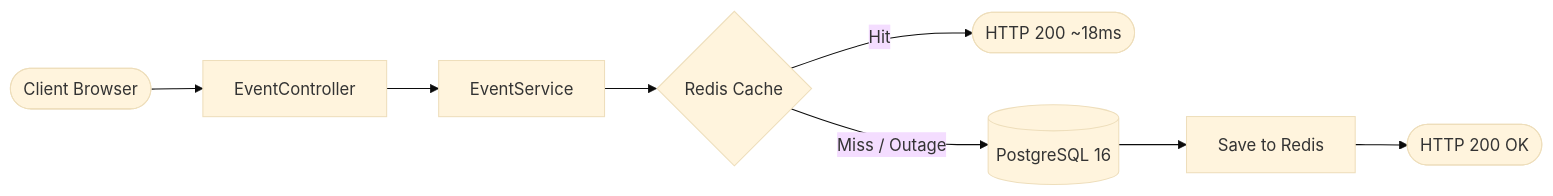
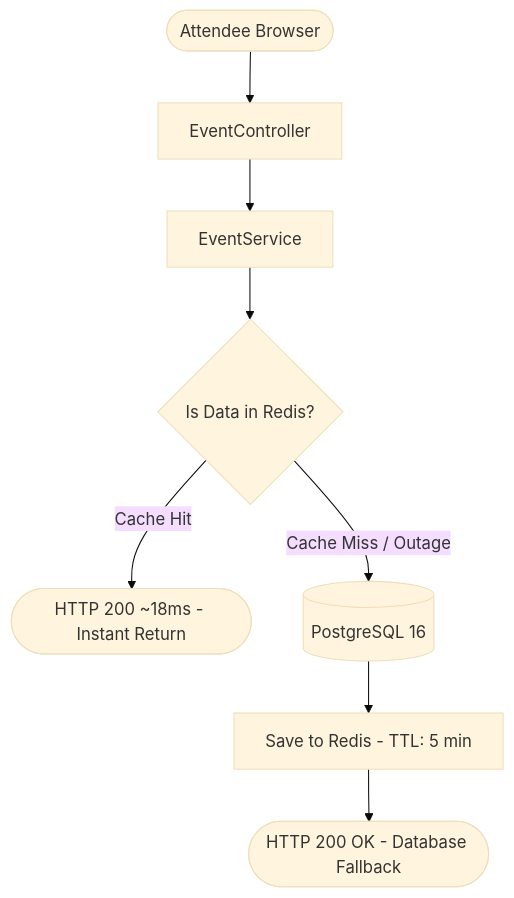
Before and after one commit to asyncsourav/quicktix: the first of 4 diagrams in architecture/master-workflow.md, drawn with Mermaid (base theme). The commit also changed other lines of this file and 9 other files, not shown here.

First line of the commit message:
Refactor distributed caching and rate limiting architecture; enhance fail-open resilience and implement comprehensive benchmarking scripts

````diff
--- a/architecture/master-workflow.md
+++ b/architecture/master-workflow.md
@@ -65,10 +59,11 @@
 ```mermaid
-flowchart LR
-    Client([Client Browser]) --> Web[EventController]
+flowchart TD
+    Client([Attendee Browser]) --> Web[EventController]
     Web --> Svc[EventService]
-    Svc --> Cache{Redis Cache}
-    Cache -->|Hit| FastRet([HTTP 200 ~18ms])
-    Cache -->|Miss / Outage| DB[(PostgreSQL 16)]
-    DB --> CacheSave[Save to Redis]
-    CacheSave --> Ret([HTTP 200 OK])
+    Svc --> Cache{Is Data in Redis?}
+    
+    Cache -->|Cache Hit| FastRet([HTTP 200 ~18ms - Instant Return])
+    Cache -->|Cache Miss / Outage| DB[(PostgreSQL 16)]
+    DB --> CacheSave[Save to Redis - TTL: 5 min]
+    CacheSave --> Ret([HTTP 200 OK - Database Fallback])
 ```
````
